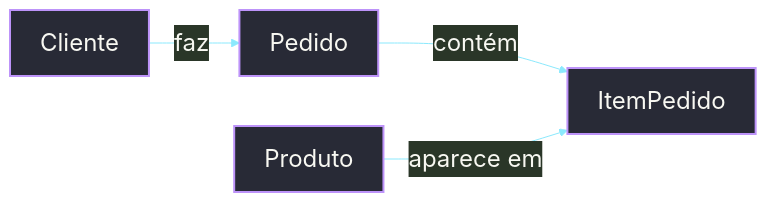
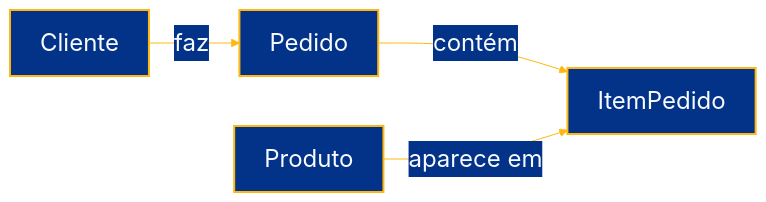
The diagram in slides/slides.md (rodbv/orms-erros-comuns), drawn with Mermaid before and after one commit. The commit also changed other lines of this file and 1 other file, not shown here.

Commit message:
feat: update slide theme and styles for enhanced visual appeal

````diff
--- a/slides/slides.md
+++ b/slides/slides.md
@@ -88,15 +88,15 @@
 ```mermaid
-%%{init: {"theme": "base", "themeVariables": {"background": "transparent", "fontSize": "24px", "lineColor": "#8be9fd", "primaryColor": "#282a36", "primaryBorderColor": "#bd93f9", "primaryTextColor": "#f8f8f2"}}}%%
+%%{init: {"theme": "base", "themeVariables": {"background": "transparent", "fontSize": "24px", "lineColor": "#feb811", "primaryColor": "#033388", "primaryBorderColor": "#feb811", "primaryTextColor": "#f8fbff", "secondaryColor": "#033388", "secondaryTextColor": "#f8fbff", "tertiaryColor": "#033388", "tertiaryBorderColor": "#feb811", "tertiaryTextColor": "#f8fbff", "edgeLabelBackground": "#033388"}}}%%
 flowchart LR
   cliente[Cliente]
   pedido[Pedido]
   item[ItemPedido]
   produto[Produto]
 
   cliente -->|faz| pedido
   pedido -->|contém| item
   produto -->|aparece em| item
 
-  classDef entidade fill:#282a36,stroke:#bd93f9,stroke-width:2px,color:#f8f8f2;
+  classDef entidade fill:#033388,stroke:#feb811,stroke-width:2px,color:#f8fbff;
   class cliente,pedido,item,produto entidade;
 ```
````
